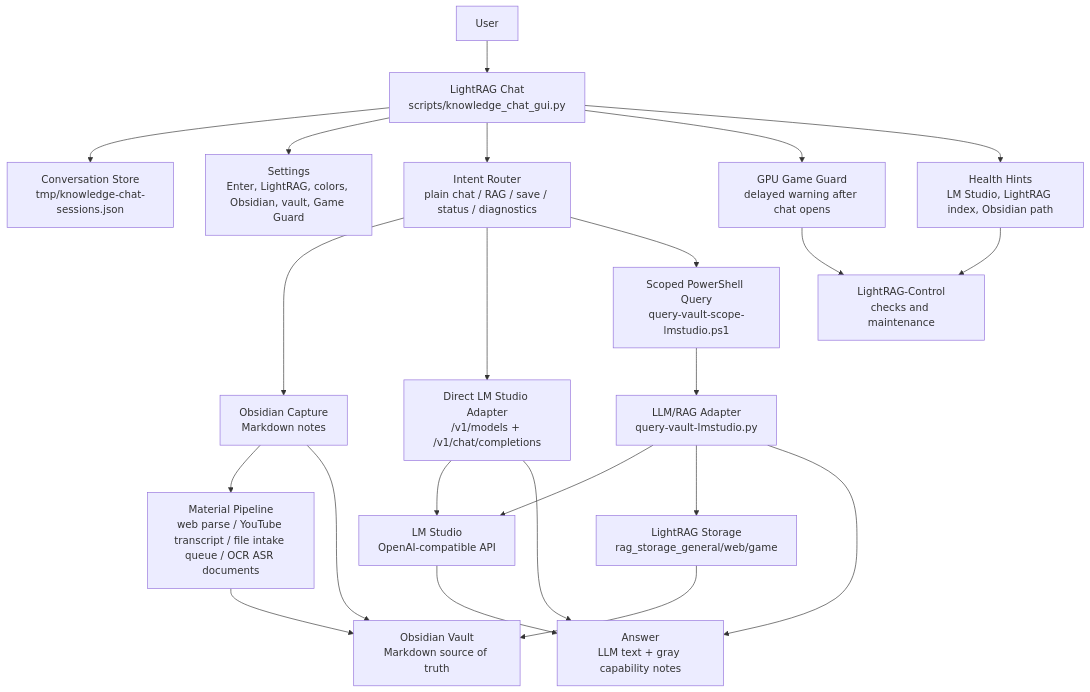
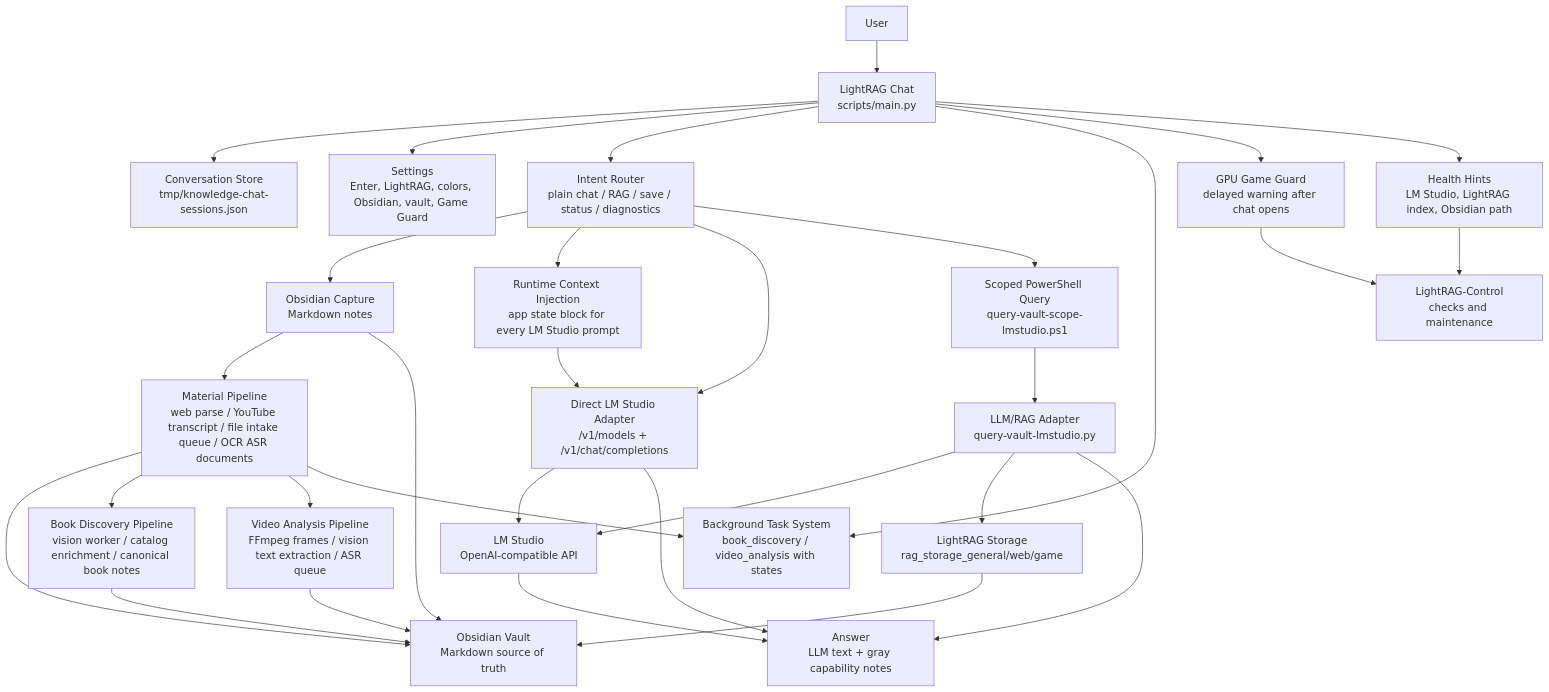
Before and after one commit to VxHxS/KnowledgeLab: the first of 2 diagrams in ARCHITECTURE.md, drawn with Mermaid. The commit also changed other lines of this file and 77 other files, not shown here.

````diff
--- a/ARCHITECTURE.md
+++ b/ARCHITECTURE.md
@@ -46,43 +46,55 @@
 ```mermaid
 flowchart TD
     User["User"]
-    Chat["LightRAG Chat<br/>scripts/knowledge_chat_gui.py"]
+    Chat["LightRAG Chat<br/>scripts/main.py"]
     Store["Conversation Store<br/>tmp/knowledge-chat-sessions.json"]
     Settings["Settings<br/>Enter, LightRAG, colors, Obsidian, vault, Game Guard"]
     Router["Intent Router<br/>plain chat / RAG / save / status / diagnostics"]
     Save["Obsidian Capture<br/>Markdown notes"]
     Pipeline["Material Pipeline<br/>web parse / YouTube transcript / file intake queue / OCR ASR documents"]
+    BookDiscovery["Book Discovery Pipeline<br/>vision worker / catalog enrichment / canonical book notes"]
+    VideoAnalysis["Video Analysis Pipeline<br/>FFmpeg frames / vision text extraction / ASR queue"]
+    RuntimeContext["Runtime Context Injection<br/>app state block for every LM Studio prompt"]
+    BackgroundTasks["Background Task System<br/>book_discovery / video_analysis with states"]
     Health["Health Hints<br/>LM Studio, LightRAG index, Obsidian path"]
     Guard["GPU Game Guard<br/>delayed warning after chat opens"]
     DirectLM["Direct LM Studio Adapter<br/>/v1/models + /v1/chat/completions"]
     QueryPS["Scoped PowerShell Query<br/>query-vault-scope-lmstudio.ps1"]
     QueryPY["LLM/RAG Adapter<br/>query-vault-lmstudio.py"]
     LightRAG["LightRAG Storage<br/>rag_storage_general/web/game"]
     Vault["Obsidian Vault<br/>Markdown source of truth"]
     LMStudio["LM Studio<br/>OpenAI-compatible API"]
     Control["LightRAG-Control<br/>checks and maintenance"]
     Answer["Answer<br/>LLM text + gray capability notes"]
 
     User --> Chat
     Chat --> Store
     Chat --> Settings
     Chat --> Router
+    Chat --> BackgroundTasks
     Router --> Save
     Save --> Pipeline
     Pipeline --> Vault
     Save --> Vault
+    Pipeline --> BookDiscovery
+    Pipeline --> VideoAnalysis
+    Pipeline --> BackgroundTasks
+    BookDiscovery --> Vault
+    VideoAnalysis --> Vault
+    Router --> RuntimeContext
+    RuntimeContext --> DirectLM
     Router --> DirectLM
     DirectLM --> LMStudio
     DirectLM --> Answer
     Router --> QueryPS
     QueryPS --> QueryPY
     QueryPY --> LMStudio
     QueryPY --> LightRAG
     LightRAG --> Vault
     QueryPY --> Answer
     LMStudio --> Answer
     Chat --> Guard
     Chat --> Health
     Health --> Control
     Guard --> Control
 ```
````
